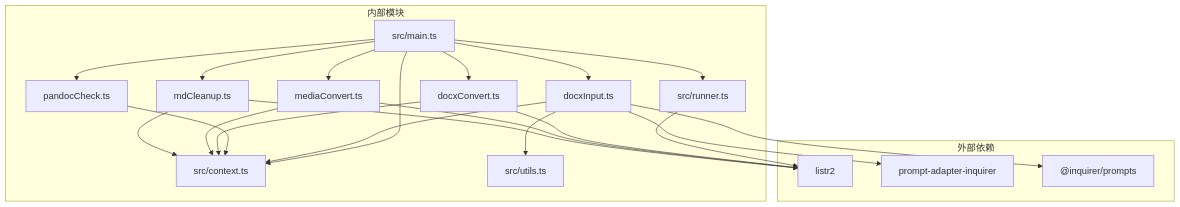
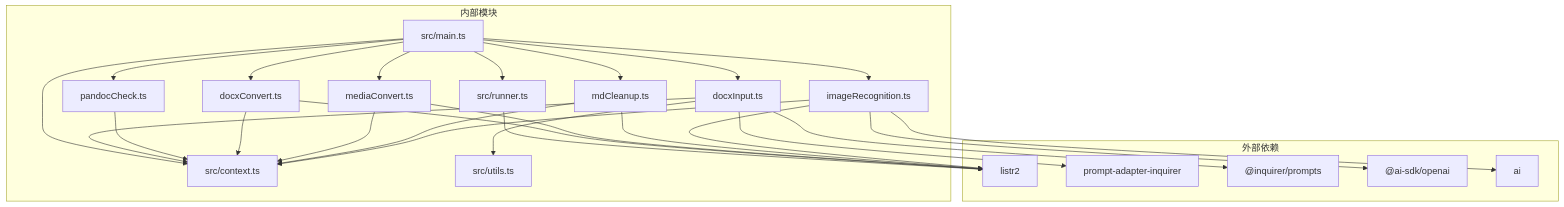
Before and after one commit to hllshiro/doc2md-cli: the fourth of 4 diagrams in .qoder/repowiki/zh/content/核心架构设计/任务系统架构.md, drawn with Mermaid. The commit also changed other lines of this file and 5 other files, not shown here.

First line of the commit message:
feat(config): 新增AI配置管理与图片识别功能

````diff
--- a/.qoder/repowiki/zh/content/核心架构设计/任务系统架构.md
+++ b/.qoder/repowiki/zh/content/核心架构设计/任务系统架构.md
@@ -246,38 +310,46 @@
 ```mermaid
 graph TB
 subgraph "外部依赖"
 L["listr2"]
 A["prompt-adapter-inquirer"]
 I["@inquirer/prompts"]
+O["@ai-sdk/openai"]
+F["ai"]
 end
 subgraph "内部模块"
 M["src/main.ts"]
 R["src/runner.ts"]
 C["src/context.ts"]
 U["src/utils.ts"]
 T1["docxInput.ts"]
 T2["pandocCheck.ts"]
 T3["docxConvert.ts"]
 T4["mediaConvert.ts"]
 T5["mdCleanup.ts"]
+T6["imageRecognition.ts"]
 end
 M --> R
 M --> C
 M --> T1
 M --> T2
 M --> T3
 M --> T4
 M --> T5
+M --> T6
 R --> L
 T1 --> A
 T1 --> I
 T3 --> L
 T4 --> L
 T5 --> L
+T6 --> L
+T6 --> O
+T6 --> F
 T1 --> C
 T2 --> C
 T3 --> C
 T4 --> C
 T5 --> C
+T6 --> C
 T1 --> U
 ```
````
